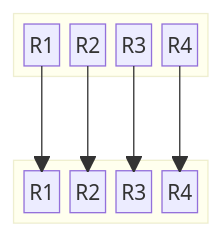
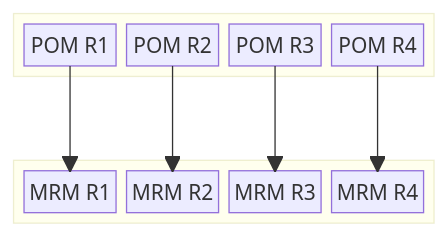
The second of 2 diagrams in content/en/blog/cstamas/2025/11/group-repository/index.md (maveniverse/site-001), drawn with Mermaid before and after one commit. The commit also changed other lines of this file, not shown here.

Commit message:
Improve diags

````diff
--- a/content/en/blog/cstamas/2025/11/group-repository/index.md
+++ b/content/en/blog/cstamas/2025/11/group-repository/index.md
@@ -121,21 +125,21 @@
 ```mermaid
 block-beta
         columns 1
           block:ID
-            A["R1"]
-            B["R2"]
-            C["R3"]
-            D["R4"]
+            A["POM R1"]
+            B["POM R2"]
+            C["POM R3"]
+            D["POM R4"]
           end
           space
           block:MRM
-              R1
-              R2
-              R3
-              R4
+              R1["MRM R1"]
+              R2["MRM R2"]
+              R3["MRM R3"]
+              R4["MRM R4"]
           end
           A --> R1
           B --> R2
           C --> R3
           D --> R4
 ```
````
